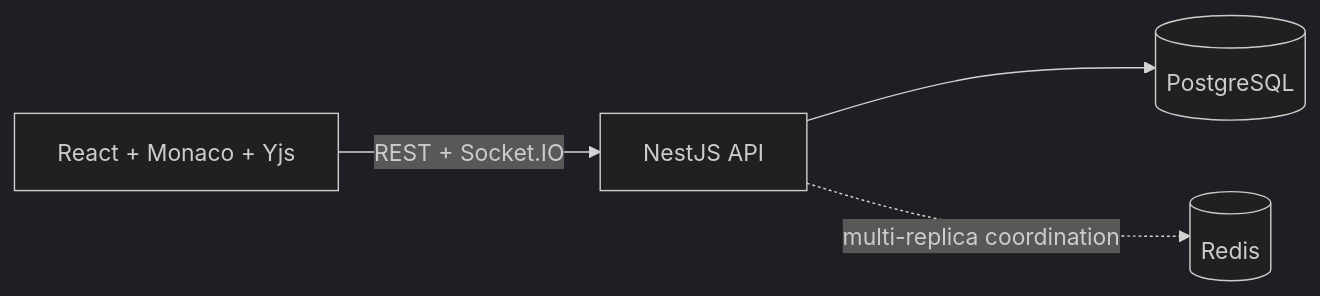
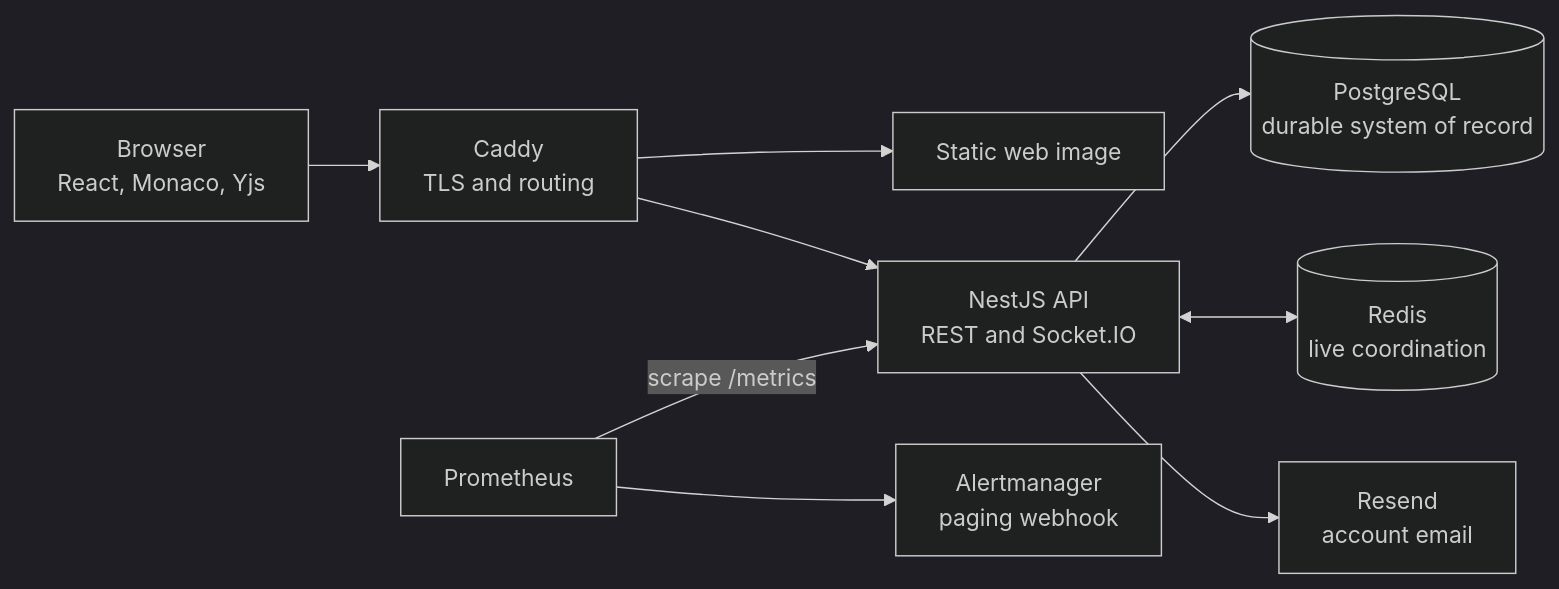
The diagram in README.md (santinomarial/Meridian), drawn with Mermaid (dark theme) before and after one commit. The commit also changed other lines of this file and 2 other files, not shown here.

````diff
--- a/README.md
+++ b/README.md
@@ -18,6 +26,21 @@
 ```mermaid
 flowchart LR
-    Browser["React + Monaco + Yjs"] -->|REST + Socket.IO| API["NestJS API"]
-    API --> PostgreSQL[("PostgreSQL")]
-    API -. multi-replica coordination .-> Redis[("Redis")]
+    Browser["Browser<br/>React, Monaco, Yjs"]
+    Edge["Caddy<br/>TLS and routing"]
+    Web["Static web image"]
+    API["NestJS API<br/>REST and Socket.IO"]
+    PG[("PostgreSQL<br/>durable system of record")]
+    Redis[("Redis<br/>live coordination")]
+    Mail["Resend<br/>account email"]
+    Prom["Prometheus"]
+    Alerts["Alertmanager<br/>paging webhook"]
+
+    Browser --> Edge
+    Edge --> Web
+    Edge --> API
+    API --> PG
+    API <--> Redis
+    API --> Mail
+    Prom -->|"scrape /metrics"| API
+    Prom --> Alerts
 ```
````
